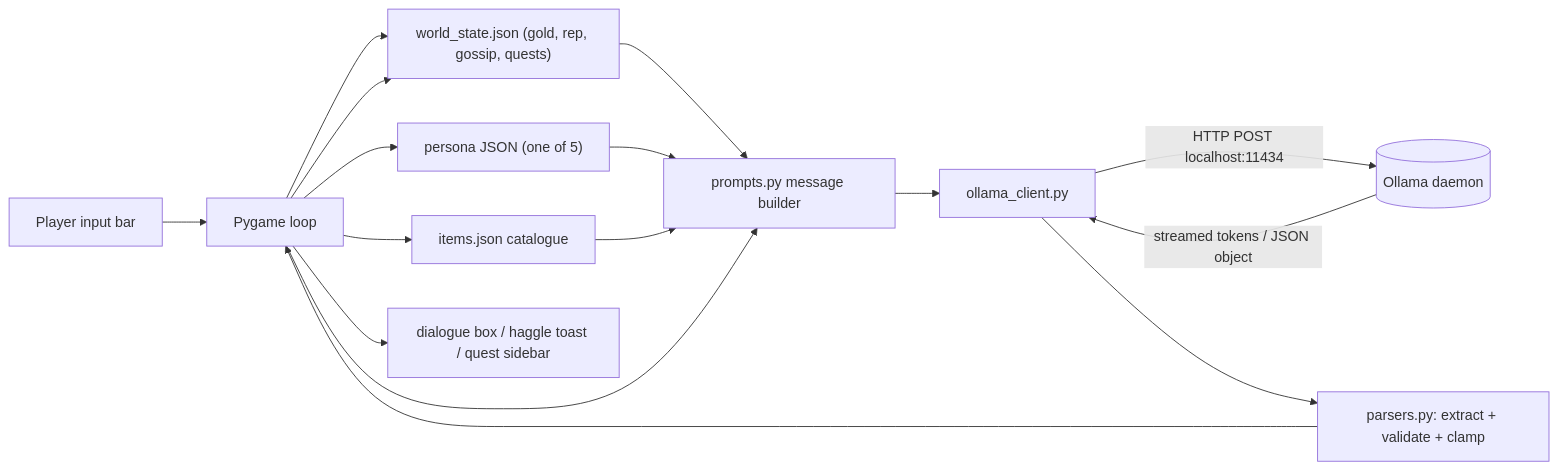
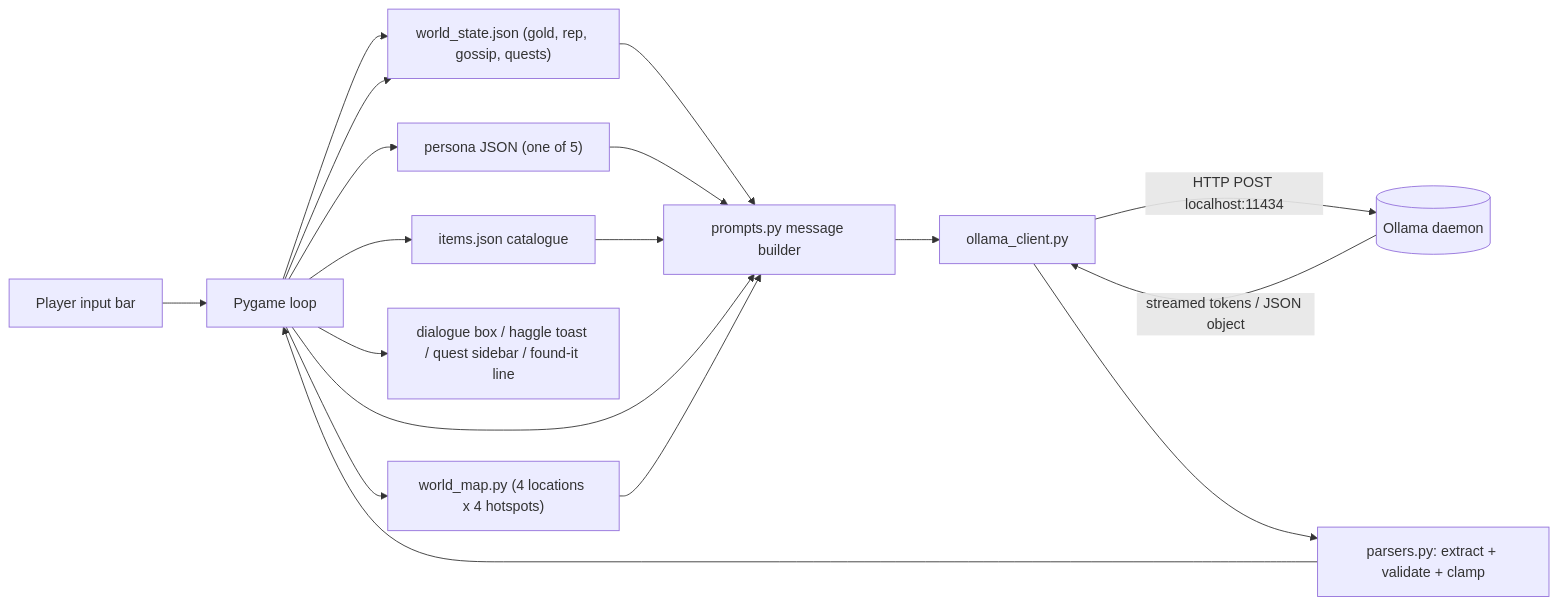
One commit to Abhijith2111/GADS7331POE changed the diagram in docs/ollama-plan.md. Above: the diagram before and after it, drawn with Mermaid. The commit also changed other lines of this file and 11 other files, not shown here.

First line of the commit message:
Add quest exploration mode (world map + 4 locations)

````diff
--- a/docs/ollama-plan.md
+++ b/docs/ollama-plan.md
@@ -67,18 +68,20 @@
 ```mermaid
 flowchart LR
     Player[Player input bar] --> Game[Pygame loop]
     Game --> WorldState["world_state.json (gold, rep, gossip, quests)"]
     Game --> Persona["persona JSON (one of 5)"]
     Game --> Items["items.json catalogue"]
     WorldState --> Builder
     Persona --> Builder
     Items --> Builder
     Game --> Builder["prompts.py message builder"]
     Builder --> Client["ollama_client.py"]
     Client -->|"HTTP POST localhost:11434"| Ollama[("Ollama daemon")]
     Ollama -->|"streamed tokens / JSON object"| Client
     Client --> Parser["parsers.py: extract + validate + clamp"]
     Parser --> Game
-    Game --> UI["dialogue box / haggle toast / quest sidebar"]
+    Game --> UI["dialogue box / haggle toast / quest sidebar / found-it line"]
     Game --> WorldState
+    Game --> WorldMap["world_map.py (4 locations x 4 hotspots)"]
+    WorldMap --> Builder
 ```
````
